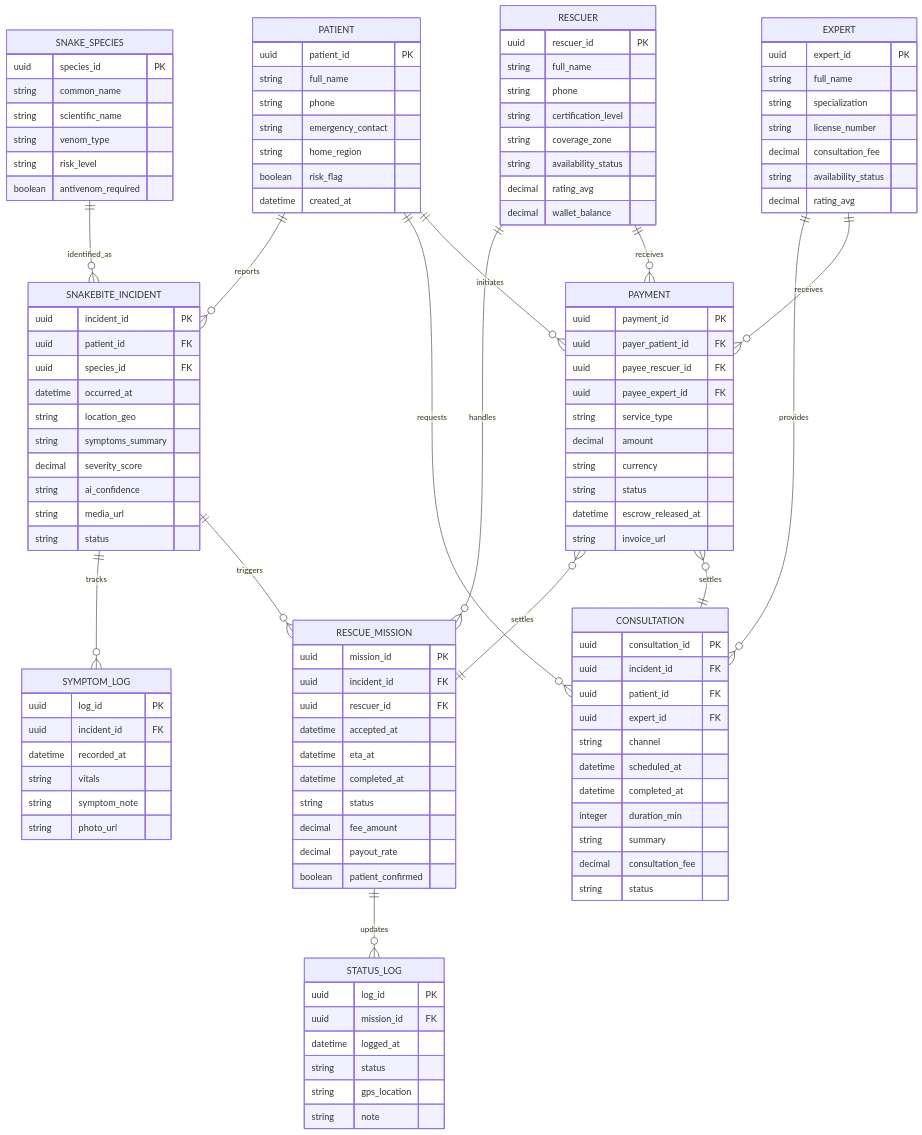
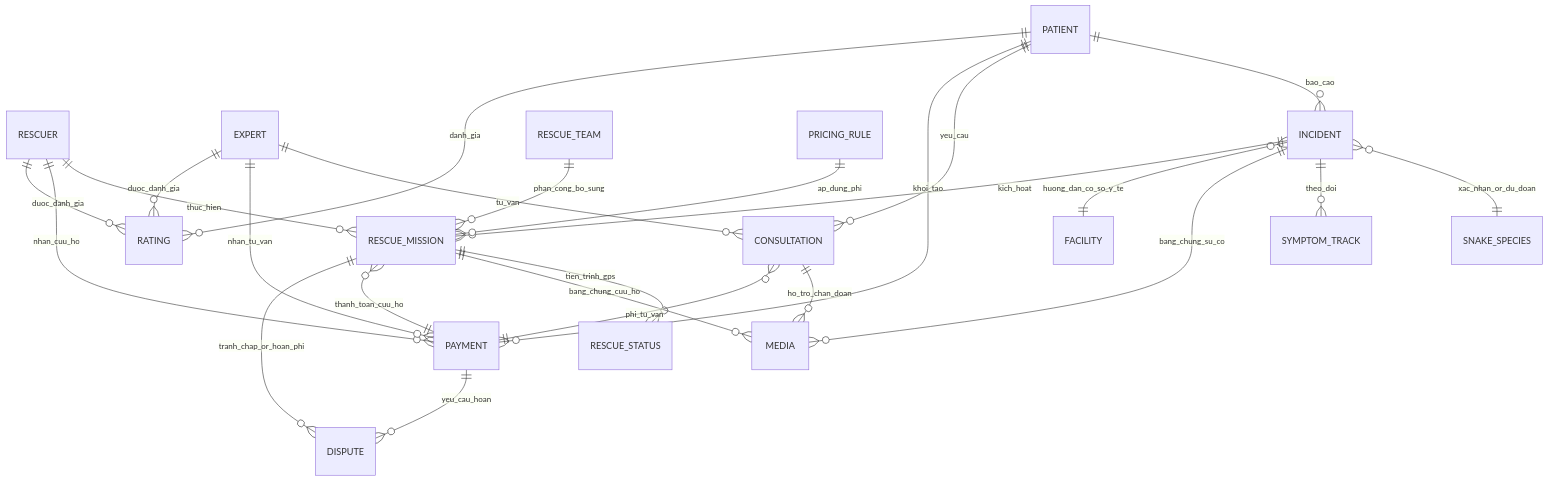
Before and after one commit to Snake-AID/SnakeAid.Docs: the diagram in Docs/02-Architecture-Design/ERD/SnakeERD_SnakeCatching.md, drawn with Mermaid. The commit also changed other lines of this file and 2 other files, not shown here.

Commit message:
Add Encoding Hygiene guidelines and update ERD documentation for clarity and structure

````diff
--- a/Docs/02-Architecture-Design/ERD/SnakeERD_SnakeCatching.md
+++ b/Docs/02-Architecture-Design/ERD/SnakeERD_SnakeCatching.md
@@ -4,130 +4,48 @@
 ```mermaid
 erDiagram
-  PATIENT {
-    uuid patient_id PK
-    string full_name
-    string phone
-    string emergency_contact
-    string home_region
-    boolean risk_flag
-    datetime created_at
-  }
+  PATIENT {}
+  RESCUER {}
+  EXPERT {}
+  SNAKE_SPECIES {}
+  INCIDENT {}
+  SYMPTOM_TRACK {}
+  MEDIA {}
+  RESCUE_MISSION {}
+  RESCUE_STATUS {}
+  RESCUE_TEAM {}
+  PRICING_RULE {}
+  DISPUTE {}
+  RATING {}
+  FACILITY {}
+  CONSULTATION {} 
+  PAYMENT {}
 
-  RESCUER {
-    uuid rescuer_id PK
-    string full_name
-    string phone
-    string certification_level
-    string coverage_zone
-    string availability_status
-    decimal rating_avg
-    decimal wallet_balance
-  }
+  PATIENT ||--o{ INCIDENT : bao_cao
+  INCIDENT }o--|| SNAKE_SPECIES : xac_nhan_or_du_doan
+  INCIDENT ||--o{ SYMPTOM_TRACK : theo_doi
+  INCIDENT ||--o{ MEDIA : bang_chung_su_co
+  INCIDENT }o--|| FACILITY : huong_dan_co_so_y_te
 
-  EXPERT {
-    uuid expert_id PK
-    string full_name
-    string specialization
-    string license_number
-    decimal consultation_fee
-    string availability_status
-    decimal rating_avg
-  }
+  INCIDENT ||--o{ RESCUE_MISSION : kich_hoat
+  RESCUER ||--o{ RESCUE_MISSION : thuc_hien
+  RESCUE_TEAM ||--o{ RESCUE_MISSION : phan_cong_bo_sung
+  RESCUE_MISSION ||--o{ RESCUE_STATUS : tien_trinh_gps
+  RESCUE_MISSION ||--o{ MEDIA : bang_chung_cuu_ho
+  PRICING_RULE ||--o{ RESCUE_MISSION : ap_dung_phi
+  RESCUE_MISSION }o--|| PAYMENT : thanh_toan_cuu_ho
+  RESCUE_MISSION ||--o{ DISPUTE : tranh_chap_or_hoan_phi
 
-  SNAKE_SPECIES {
-    uuid species_id PK
-    string common_name
-    string scientific_name
-    string venom_type
-    string risk_level
-    boolean antivenom_required
-  }
+  PATIENT ||--o{ CONSULTATION : yeu_cau
+  EXPERT ||--o{ CONSULTATION : tu_van
+  CONSULTATION ||--o{ MEDIA : ho_tro_chan_doan
+  CONSULTATION }o--|| PAYMENT : phi_tu_van
 
-  SNAKEBITE_INCIDENT {
-    uuid incident_id PK
-    uuid patient_id FK
-    uuid species_id FK
-    datetime occurred_at
-    string location_geo
-    string symptoms_summary
-    decimal severity_score
-    string ai_confidence
-    string media_url
-    string status
-  }
+  PATIENT ||--o{ PAYMENT : khoi_tao
+  RESCUER ||--o{ PAYMENT : nhan_cuu_ho
+  EXPERT ||--o{ PAYMENT : nhan_tu_van
+  PAYMENT ||--o{ DISPUTE : yeu_cau_hoan
 
-  SYMPTOM_LOG {
-    uuid log_id PK
-    uuid incident_id FK
-    datetime recorded_at
-    string vitals
-    string symptom_note
-    string photo_url
-  }
-
-  RESCUE_MISSION {
-    uuid mission_id PK
-    uuid incident_id FK
-    uuid rescuer_id FK
-    datetime accepted_at
-    datetime eta_at
-    datetime completed_at
-    string status
-    decimal fee_amount
-    decimal payout_rate
-    boolean patient_confirmed
-  }
-
-  STATUS_LOG {
-    uuid log_id PK
-    uuid mission_id FK
-    datetime logged_at
-    string status
-    string gps_location
-    string note
-  }
-
-  CONSULTATION {
-    uuid consultation_id PK
-    uuid incident_id FK
-    uuid patient_id FK
-    uuid expert_id FK
-    string channel
-    datetime scheduled_at
-    datetime completed_at
-    integer duration_min
-    string summary
-    decimal consultation_fee
-    string status
-  }
-
-  PAYMENT {
-    uuid payment_id PK
-    uuid payer_patient_id FK
-    uuid payee_rescuer_id FK
-    uuid payee_expert_id FK
-    string service_type
-    decimal amount
-    string currency
-    string status
-    datetime escrow_released_at
-    string invoice_url
-  }
-
-  PATIENT ||--o{ SNAKEBITE_INCIDENT : reports
-  SNAKE_SPECIES ||--o{ SNAKEBITE_INCIDENT : identified_as
-  SNAKEBITE_INCIDENT ||--o{ SYMPTOM_LOG : tracks
-
-  SNAKEBITE_INCIDENT ||--o{ RESCUE_MISSION : triggers
-  RESCUER ||--o{ RESCUE_MISSION : handles
-  RESCUE_MISSION ||--o{ STATUS_LOG : updates
-  PAYMENT }o--|| RESCUE_MISSION : settles
-
-  PATIENT ||--o{ CONSULTATION : requests
-  EXPERT ||--o{ CONSULTATION : provides
-  PAYMENT }o--|| CONSULTATION : settles
-
-  PATIENT ||--o{ PAYMENT : initiates
-  RESCUER ||--o{ PAYMENT : receives
-  EXPERT ||--o{ PAYMENT : receives
+  PATIENT ||--o{ RATING : danh_gia
+  RESCUER ||--o{ RATING : duoc_danh_gia
+  EXPERT ||--o{ RATING : duoc_danh_gia
 ```
````
